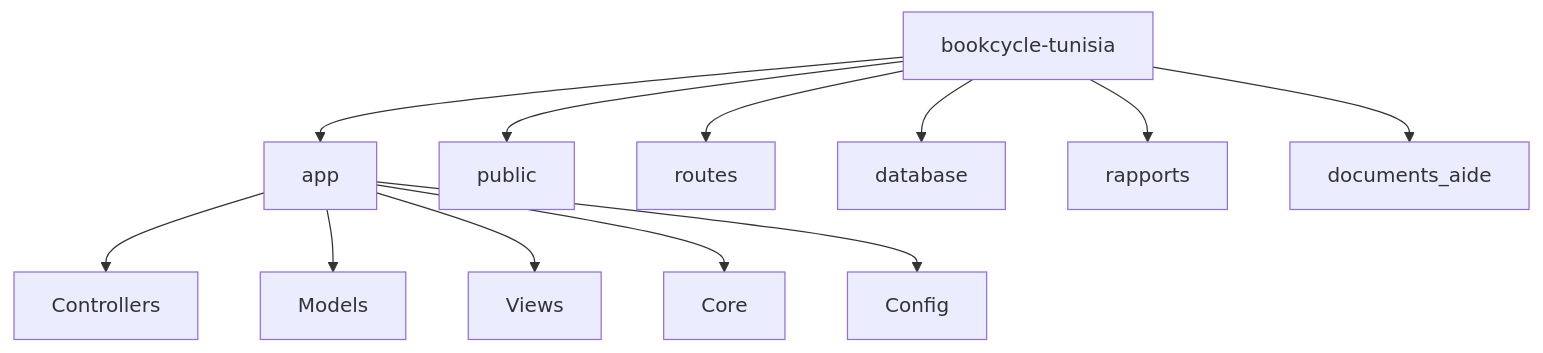
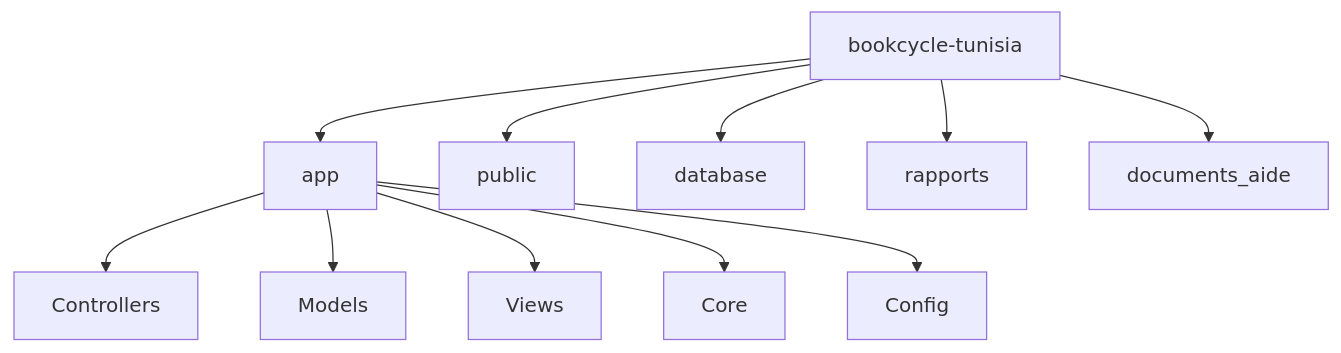
One commit to MrTBK/bookcycle-tunisia changed diagram 18 of 18 in documents_aide/DIAGRAMMES_PROJET_COMPLETS.md. Above: the diagram before and after it, drawn with Mermaid. The commit also changed other lines of this file and 30 other files, not shown here.

````diff
--- a/documents_aide/DIAGRAMMES_PROJET_COMPLETS.md
+++ b/documents_aide/DIAGRAMMES_PROJET_COMPLETS.md
@@ -417,15 +421,14 @@
 ```mermaid
 flowchart TD
     A["bookcycle-tunisia"] --> B["app"]
     A --> C["public"]
-    A --> D["routes"]
     A --> E["database"]
     A --> F["rapports"]
     A --> G["documents_aide"]
 
     B --> B1["Controllers"]
     B --> B2["Models"]
     B --> B3["Views"]
     B --> B4["Core"]
     B --> B5["Config"]
 ```
````
